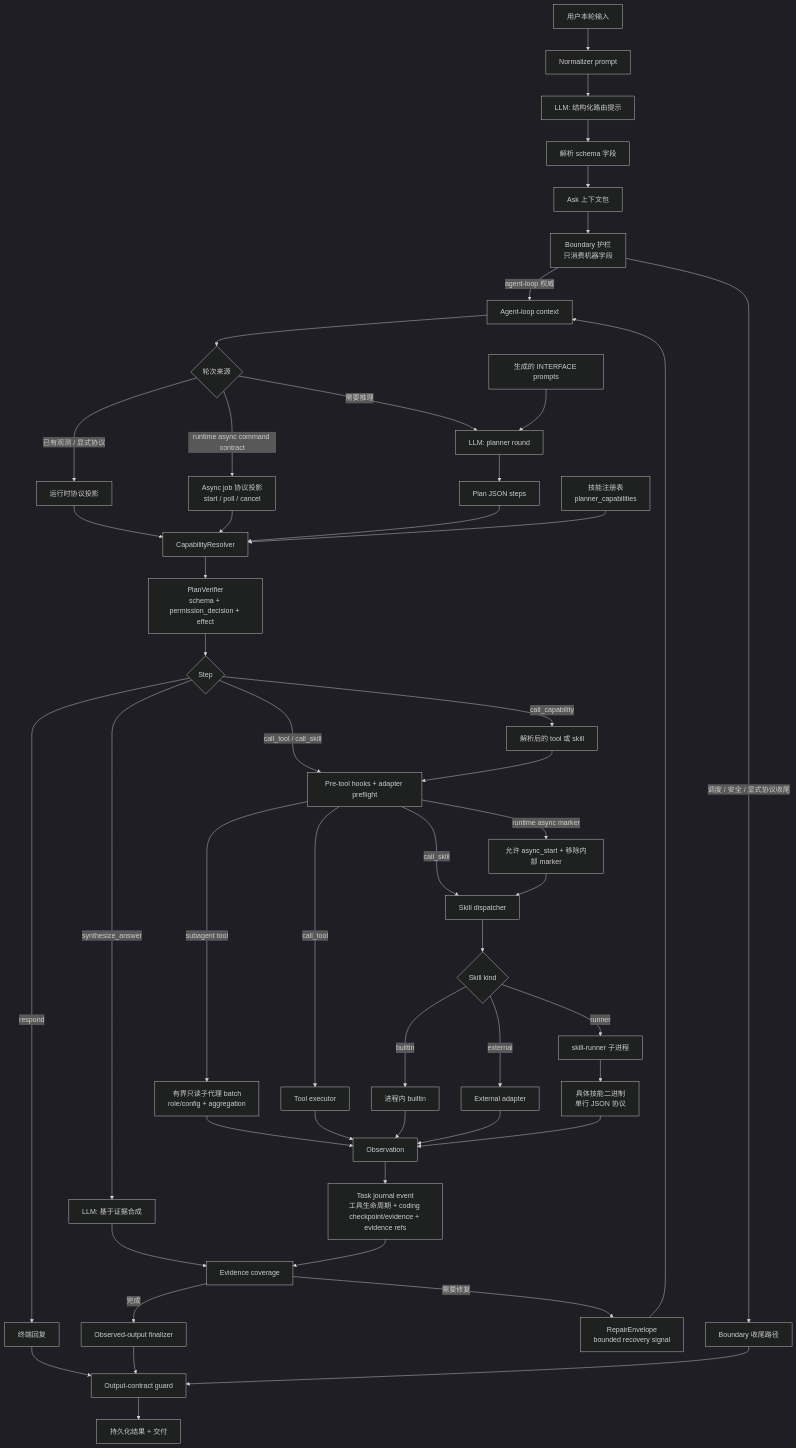
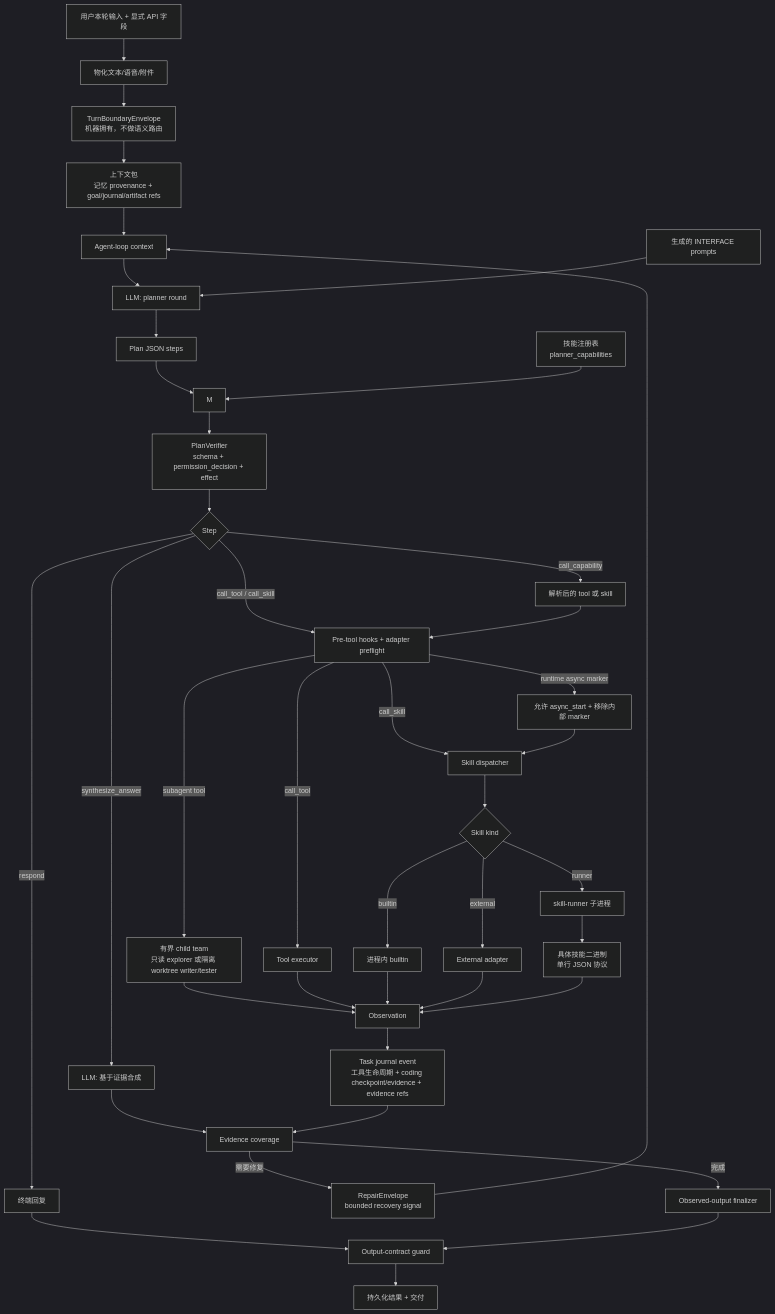
The second of 11 diagrams in README.zh-CN.md (MatrixCoreX/RustClaw), drawn with Mermaid (dark theme) before and after one commit. The commit also changed other lines of this file and 1 other file, not shown here.

Commit message:
docs: align agent runtime flows

````diff
--- a/README.zh-CN.md
+++ b/README.zh-CN.md
@@ -120,52 +114,43 @@
 ```mermaid
 flowchart TD
-    A[用户本轮输入] --> B[Normalizer prompt]
-    B --> C[LLM: 结构化路由提示]
-    C --> D[解析 schema 字段]
-    D --> E[Ask 上下文包]
-    E --> F[Boundary 护栏<br/>只消费机器字段]
-    F -->|agent-loop 权威| G[Agent-loop context]
-    F -->|调度 / 安全 / 显式协议收尾| H[Boundary 收尾路径]
-    G --> I{轮次来源}
-    I -->|已有观测 / 显式协议| J[运行时协议投影]
-    I -->|runtime async command contract| JA[Async job 协议投影<br/>start / poll / cancel]
-    I -->|需要推理| K[LLM: planner round]
+    A[用户本轮输入 + 显式 API 字段] --> B[物化文本/语音/附件]
+    B --> C[TurnBoundaryEnvelope<br/>机器拥有，不做语义路由]
+    C --> D[上下文包<br/>记忆 provenance + goal/journal/artifact refs]
+    D --> G[Agent-loop context]
+    G --> K[LLM: planner round]
     K --> L[Plan JSON steps]
-    J --> M[CapabilityResolver]
-    JA --> M
     L --> M
     N[技能注册表<br/>planner_capabilities] --> M
     O[生成的 INTERFACE prompts] --> K
     M --> P[PlanVerifier<br/>schema + permission_decision + effect]
     P --> Q{Step}
     Q -->|call_capability| R[解析后的 tool 或 skill]
     Q -->|call_tool / call_skill| QA[Pre-tool hooks + adapter preflight]
     R --> QA
     QA -->|runtime async marker| AR[允许 async_start + 移除内部 marker]
-    QA -->|subagent tool| SS[有界只读子代理 batch<br/>role/config + aggregation]
+    QA -->|subagent tool| SS[有界 child team<br/>只读 explorer 或隔离 worktree writer/tester]
     QA -->|call_tool| S[Tool executor]
     QA -->|call_skill| T[Skill dispatcher]
     AR --> T
     T --> U{Skill kind}
     U -->|builtin| V[进程内 builtin]
     U -->|external| W[External adapter]
     U -->|runner| X[skill-runner 子进程]
     X --> Y[具体技能二进制<br/>单行 JSON 协议]
     SS --> Z
     S --> Z[Observation]
     V --> Z
     W --> Z
     Y --> Z
     Z --> ZEV[Task journal event<br/>工具生命周期 + coding checkpoint/evidence + evidence refs]
     Q -->|synthesize_answer| ZA[LLM: 基于证据合成]
     Q -->|respond| ZB[终端回复]
     ZA --> ZC[Evidence coverage]
     ZEV --> ZC
     ZC -->|需要修复| ZR[RepairEnvelope<br/>bounded recovery signal]
     ZR --> G
     ZC -->|完成| ZD[Observed-output finalizer]
     ZB --> ZE[Output-contract guard]
     ZD --> ZE
-    H --> ZE
     ZE --> ZF[持久化结果 + 交付]
 ```
````
